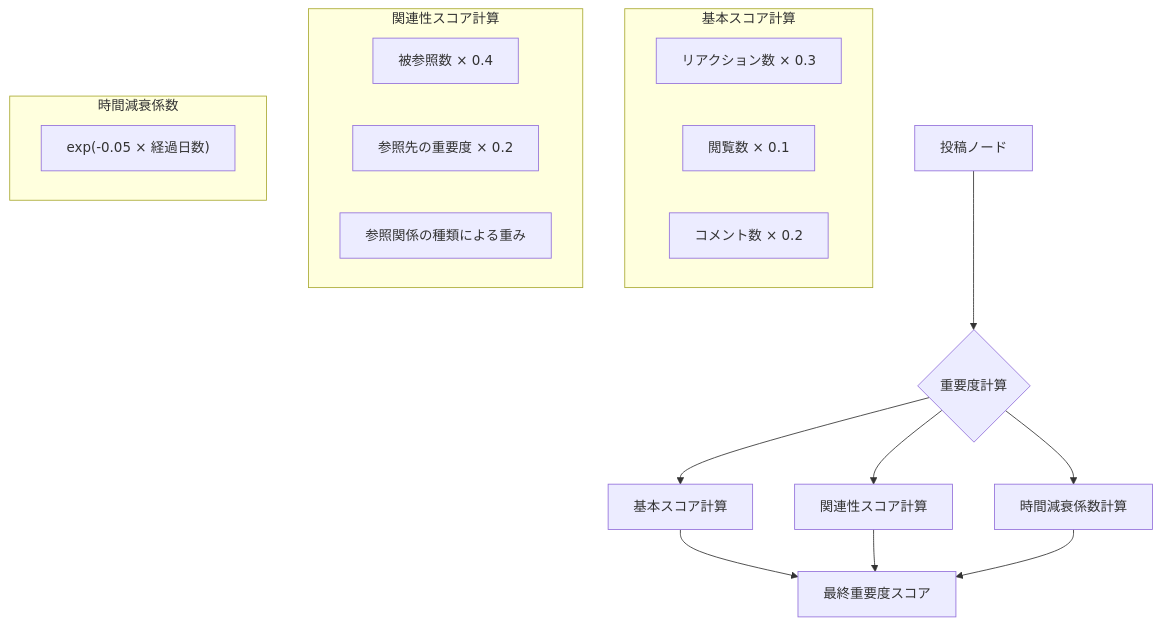
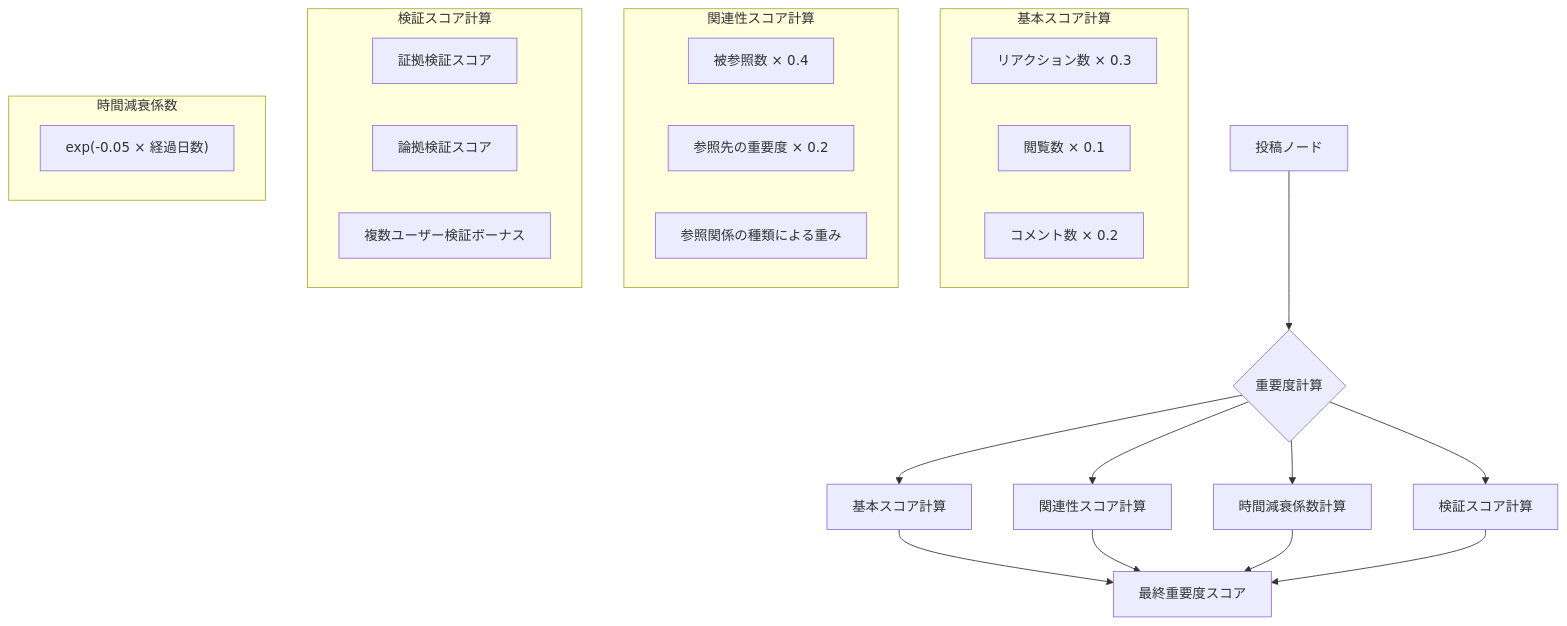
One commit to sika7/kagami changed the sixth of 9 diagrams in specs/architecture.md. Above: the diagram before and after it, drawn with Mermaid. The commit also changed other lines of this file, not shown here.

Commit message:
ノード重要度計算アルゴリズムに検証スコアを追加
- 重要度計算に「検証スコア」要素を追加
- 証拠と論拠それぞれの検証数を別々に評価する計算式を追加
- 複数の異なるユーザーによる検証にボーナスを付与する仕組みを導入
- 検証スコア計算ロジックを図と数式の両方で明示

🤖 Generated with [Claude Code](https://claude.ai/code)

````diff
--- a/specs/architecture.md
+++ b/specs/architecture.md
@@ -441,26 +441,34 @@
 ```mermaid
 flowchart TD
     A[投稿ノード] --> B{重要度計算}
     B --> C[基本スコア計算]
     B --> D[関連性スコア計算]
     B --> E[時間減衰係数計算]
+    B --> V[検証スコア計算]
     C --> F[最終重要度スコア]
     D --> F
     E --> F
+    V --> F
     
     subgraph basic["基本スコア計算"]
         C1["リアクション数 × 0.3"]
         C2["閲覧数 × 0.1"]
         C3["コメント数 × 0.2"]
     end
     
     subgraph relation["関連性スコア計算"]
         D1["被参照数 × 0.4"]
         D2["参照先の重要度 × 0.2"]
         D3["参照関係の種類による重み"]
     end
     
+    subgraph verification["検証スコア計算"]
+        V1["証拠検証スコア"]
+        V2["論拠検証スコア"]
+        V3["複数ユーザー検証ボーナス"]
+    end
+    
     subgraph time["時間減衰係数"]
         E1["exp(-0.05 × 経過日数)"]
     end
 ```
````
